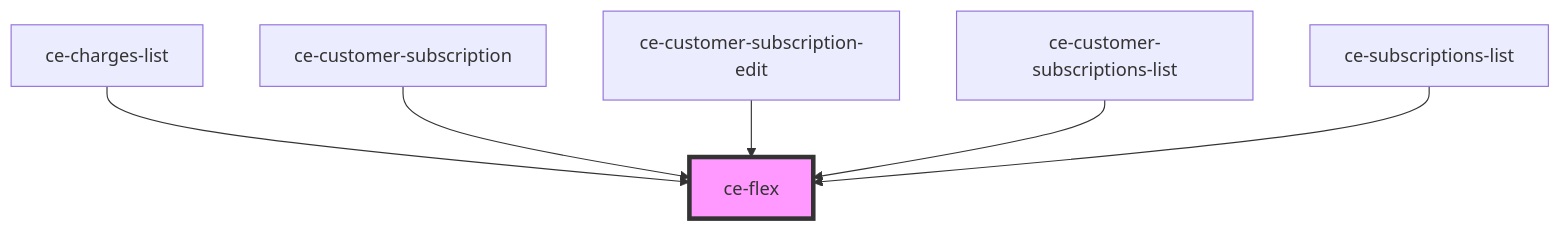
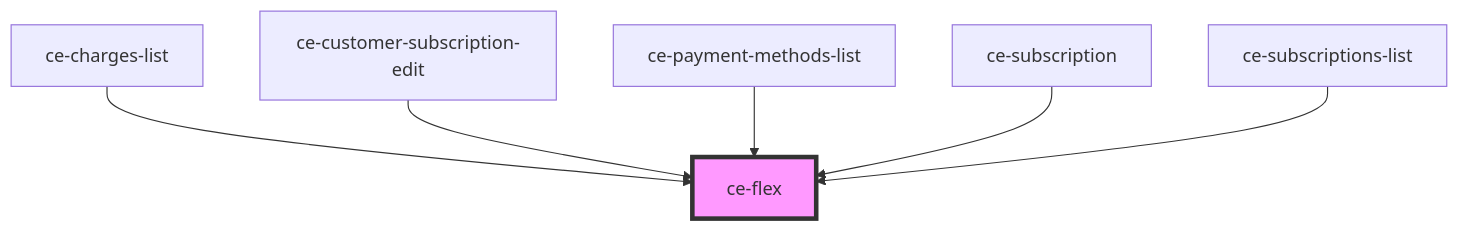
One commit to surecart/surecart-wp-plugin changed the diagram in packages/components/src/components/ui/flex/readme.md. Above: the diagram before and after it, drawn with Mermaid. The commit also changed other lines of this file and 162 other files, not shown here.

````diff
--- a/packages/components/src/components/ui/flex/readme.md
+++ b/packages/components/src/components/ui/flex/readme.md
@@ -28,9 +28,9 @@
 ```mermaid
 graph TD;
   ce-charges-list --> ce-flex
-  ce-customer-subscription --> ce-flex
   ce-customer-subscription-edit --> ce-flex
-  ce-customer-subscriptions-list --> ce-flex
+  ce-payment-methods-list --> ce-flex
+  ce-subscription --> ce-flex
   ce-subscriptions-list --> ce-flex
   style ce-flex fill:#f9f,stroke:#333,stroke-width:4px
 ```
````
